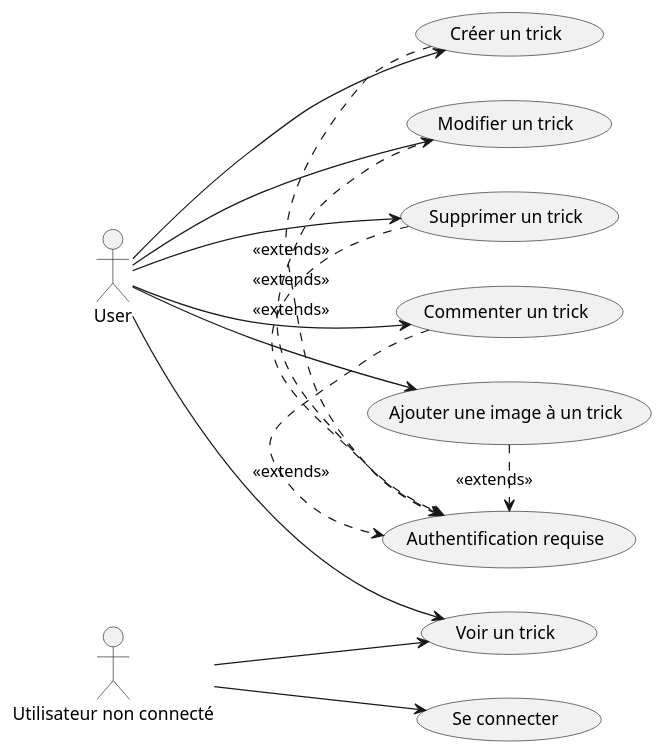
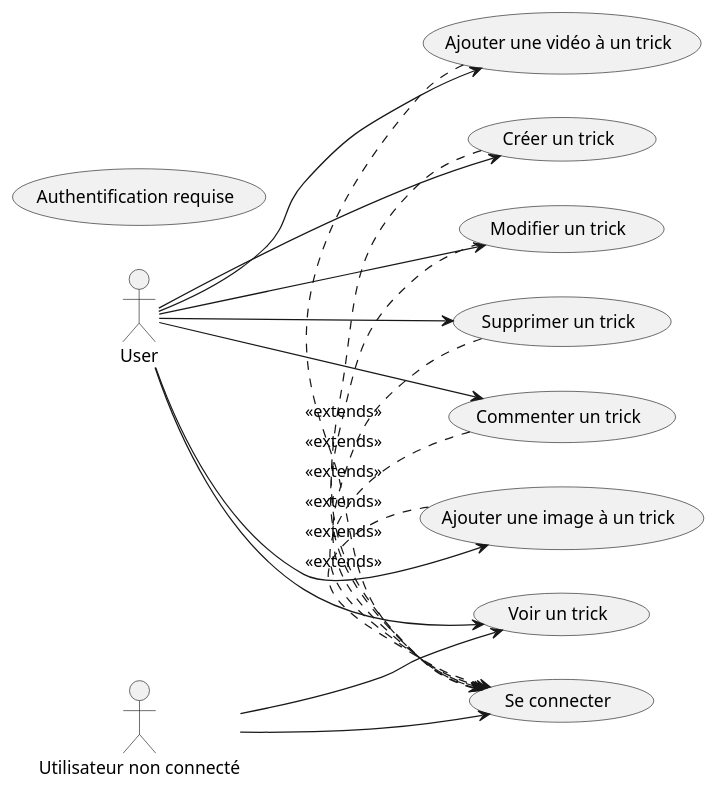
The diagram in documentation/trick_usecase.puml (Waarrez/P6), drawn with PlantUML before and after one commit. The commit also changed 66 other files, not shown here.

```diff
--- a/documentation/trick_usecase.puml
+++ b/documentation/trick_usecase.puml
@@ -1,32 +1,35 @@
 @startuml
 left to right direction
 actor User
 actor "Utilisateur non connecté" as Guest
 
 usecase "Créer un trick" as UC_Create
 usecase "Modifier un trick" as UC_Edit
 usecase "Supprimer un trick" as UC_Delete
 usecase "Voir un trick" as UC_View
 usecase "Commenter un trick" as UC_Comment
 usecase "Ajouter une image à un trick" as UC_AddImage
+usecase "Ajouter une vidéo à un trick" as UC_AddVideo
 usecase "Se connecter" as UC_Login
 usecase "Authentification requise" as UC_AuthRequired
 
 Guest --> UC_View
 User --> UC_View
 
 Guest --> UC_Login
 
-UC_Create .> UC_AuthRequired : <<extends>>
-UC_Edit .> UC_AuthRequired : <<extends>>
-UC_Delete .> UC_AuthRequired : <<extends>>
-UC_Comment .> UC_AuthRequired : <<extends>>
-UC_AddImage .> UC_AuthRequired : <<extends>>
+UC_Create .> UC_Login : <<extends>>
+UC_Edit .> UC_Login : <<extends>>
+UC_Delete .> UC_Login : <<extends>>
+UC_Comment .> UC_Login : <<extends>>
+UC_AddImage .> UC_Login : <<extends>>
+UC_AddVideo .> UC_Login : <<extends>>
 
 User --> UC_Create
 User --> UC_Edit
 User --> UC_Delete
 User --> UC_Comment
 User --> UC_AddImage
+User --> UC_AddVideo
 
 @enduml
```
